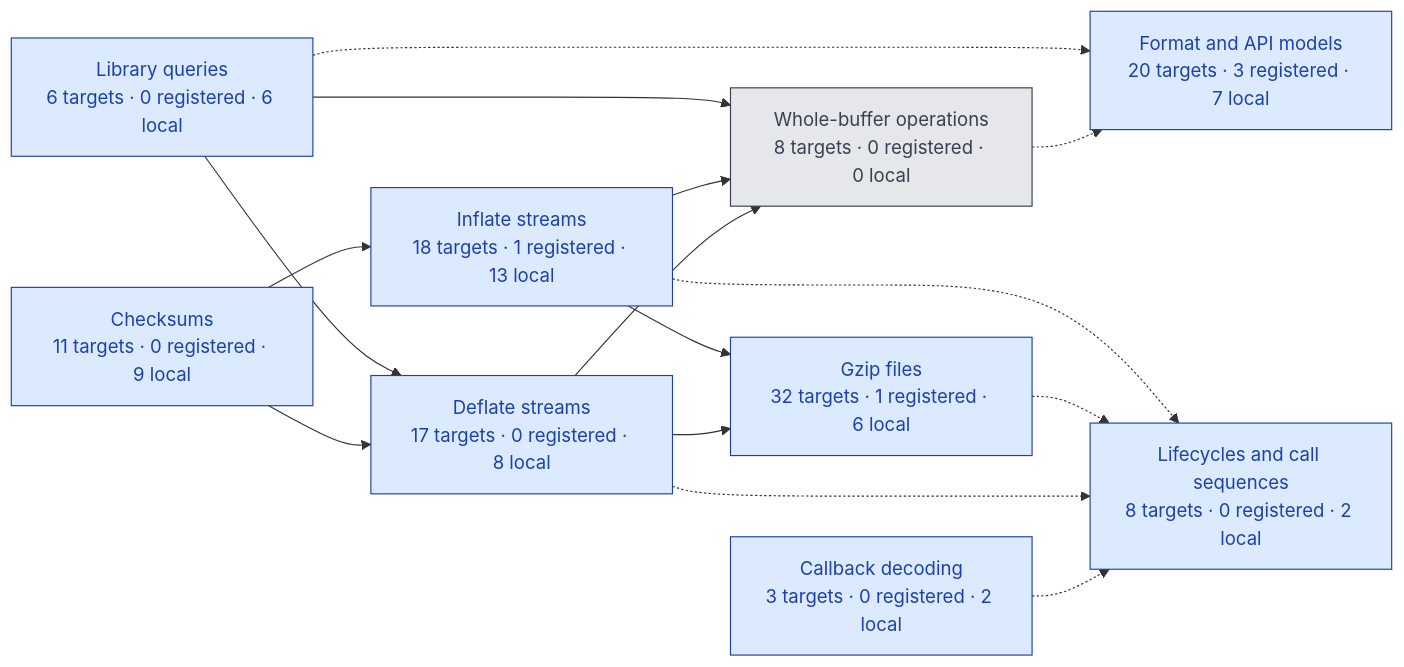
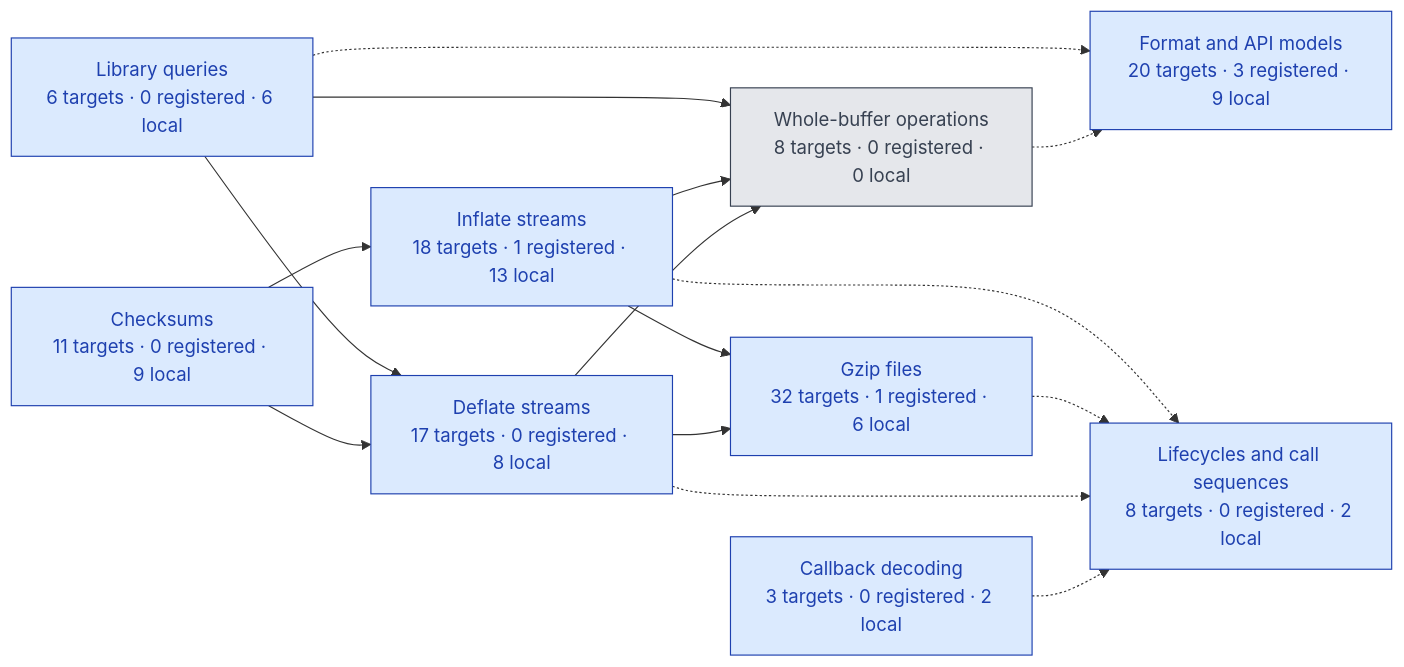
The diagram in docs/overview.md (cla7aye15I4nd/zlib-f), drawn with Mermaid before and after one commit. The commit also changed other lines of this file and 1 other file, not shown here.

````diff
--- a/docs/overview.md
+++ b/docs/overview.md
@@ -26,31 +26,31 @@
 ```mermaid
 flowchart LR
   queries["Library queries<br/>6 targets · 0 registered · 6 local"]:::local
   checksums["Checksums<br/>11 targets · 0 registered · 9 local"]:::local
   inflate["Inflate streams<br/>18 targets · 1 registered · 13 local"]:::local
   deflate["Deflate streams<br/>17 targets · 0 registered · 8 local"]:::local
   back["Callback decoding<br/>3 targets · 0 registered · 2 local"]:::local
   gzip["Gzip files<br/>32 targets · 1 registered · 6 local"]:::local
   buffers["Whole-buffer operations<br/>8 targets · 0 registered · 0 local"]:::open
-  models["Format and API models<br/>20 targets · 3 registered · 7 local"]:::local
+  models["Format and API models<br/>20 targets · 3 registered · 9 local"]:::local
   lifecycle["Lifecycles and call sequences<br/>8 targets · 0 registered · 2 local"]:::local
   back -.-> lifecycle
   buffers -.-> models
   checksums --> deflate
   checksums --> inflate
   deflate --> buffers
   deflate --> gzip
   deflate -.-> lifecycle
   gzip -.-> lifecycle
   inflate --> buffers
   inflate --> gzip
   inflate -.-> lifecycle
   queries --> buffers
   queries --> deflate
   queries -.-> models
   classDef registered fill:#dcfce7,color:#166534,stroke:#166534
   classDef local fill:#dbeafe,color:#1e40af,stroke:#1e40af
   classDef draft fill:#fef3c7,color:#92400e,stroke:#92400e
   classDef open fill:#e5e7eb,color:#374151,stroke:#374151
   classDef rejected fill:#fee2e2,color:#991b1b,stroke:#991b1b
 ```
````
